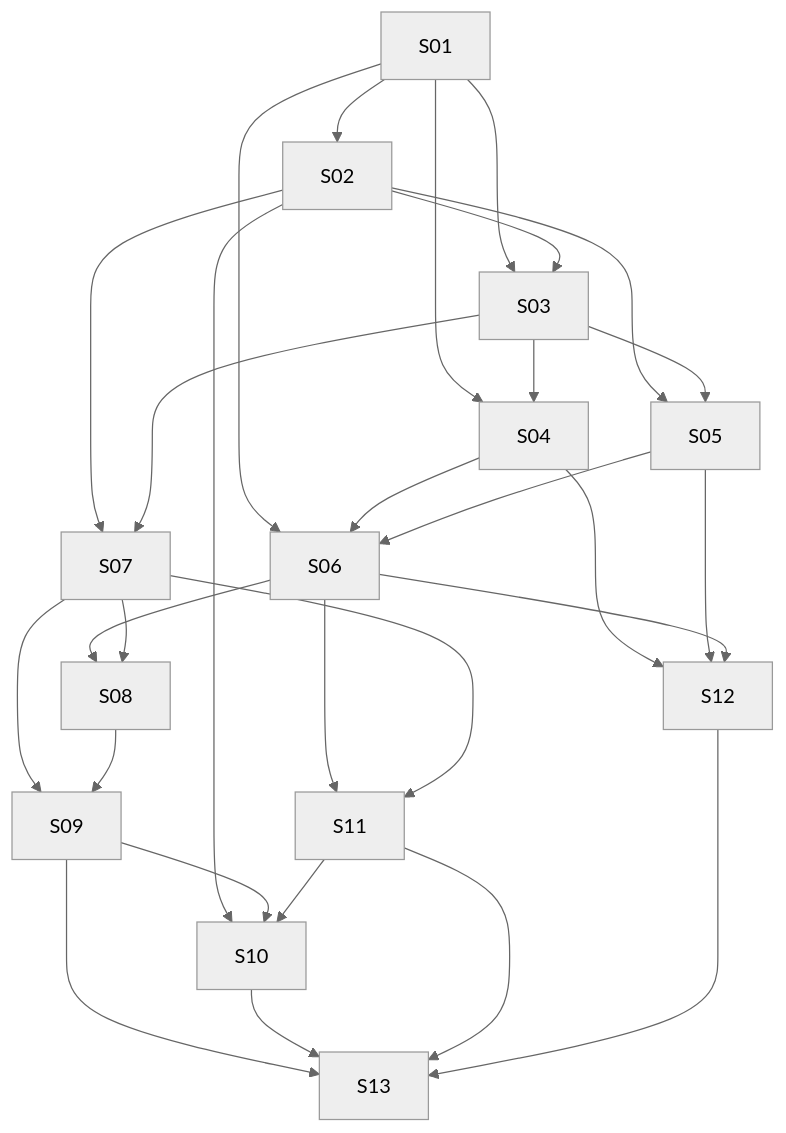
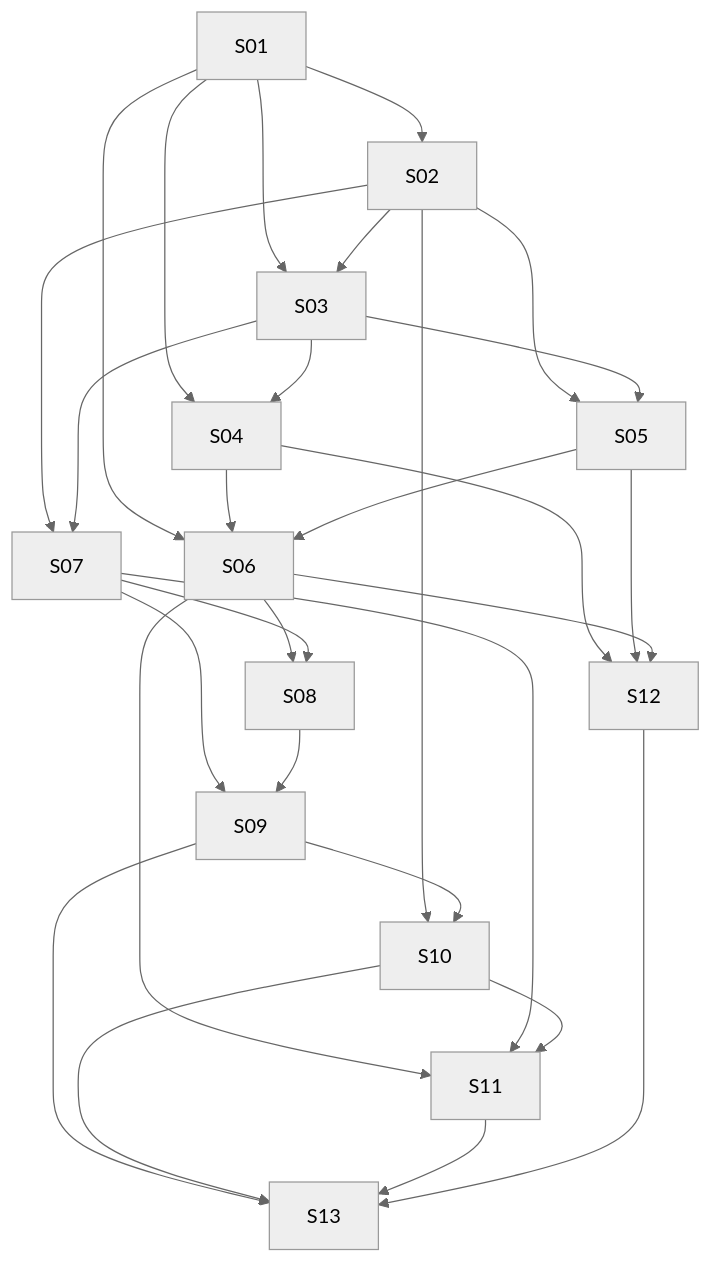
Before and after one commit to ProjectViVy/INOFY: the diagram in docs/superpowers/plans/inofy/index.md, drawn with Mermaid (neutral theme). The commit also changed other lines of this file, not shown here.

````diff
--- a/docs/superpowers/plans/inofy/index.md
+++ b/docs/superpowers/plans/inofy/index.md
@@ -45,31 +45,31 @@
 ```mermaid
 flowchart TD
   S01 --> S02
   S01 --> S03
   S01 --> S04
   S01 --> S06
   S02 --> S03
   S02 --> S05
   S02 --> S07
   S02 --> S10
   S03 --> S04
   S03 --> S05
   S03 --> S07
   S04 --> S06
   S04 --> S12
   S05 --> S06
   S05 --> S12
   S06 --> S08
   S06 --> S11
   S06 --> S12
   S07 --> S08
   S07 --> S09
   S07 --> S11
   S08 --> S09
   S09 --> S10
   S09 --> S13
   S10 --> S13
-  S11 --> S10
+  S10 --> S11
   S11 --> S13
   S12 --> S13
 ```
````
